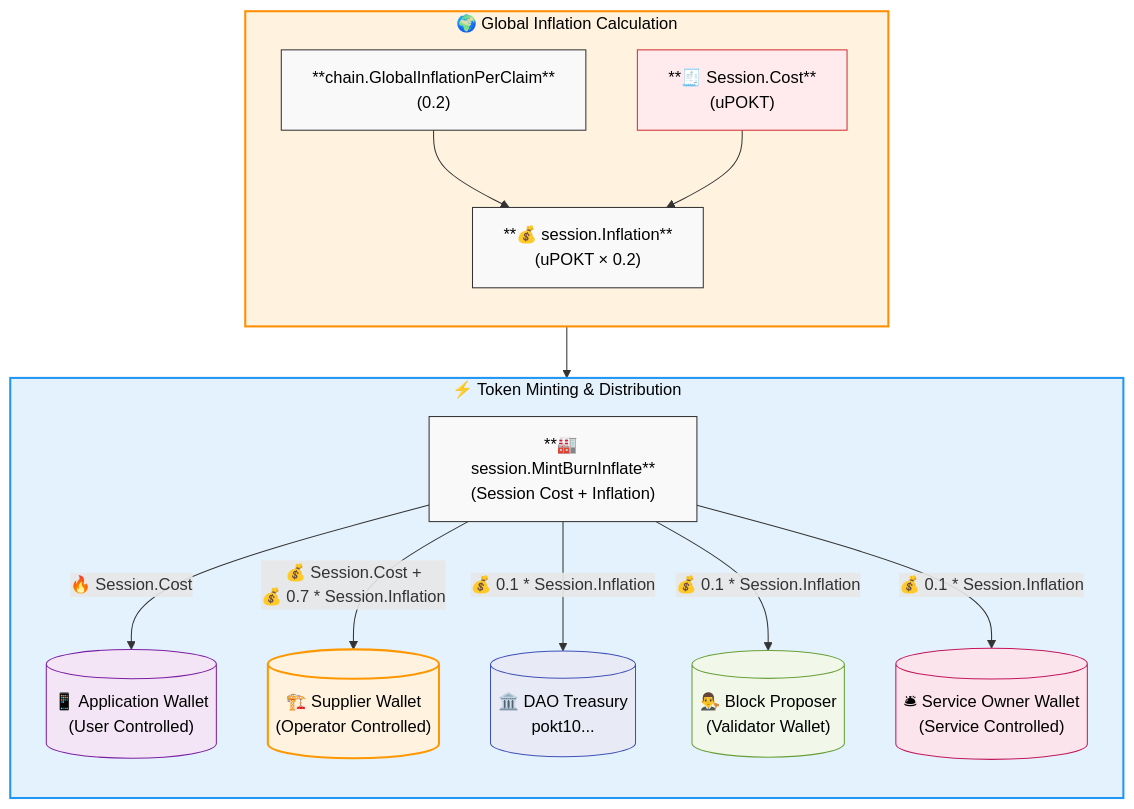
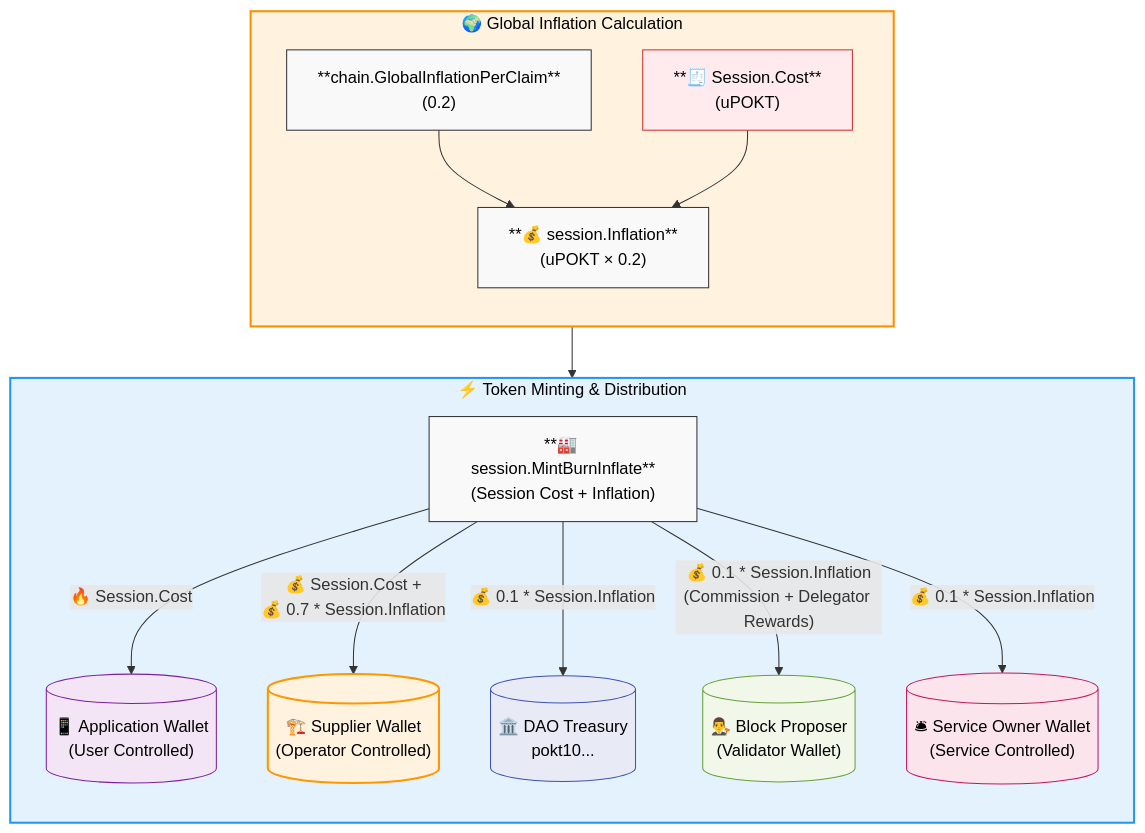
The first of 4 diagrams in docusaurus/docs/3_protocol/tokenomics/5_token_logic_modules_global_mint.md (pokt-network/poktroll), drawn with Mermaid before and after one commit. The commit also changed other lines of this file and 2 other files, not shown here.

First line of the commit message:
docs: update validator rewards documentation with user-focused language

````diff
--- a/docusaurus/docs/3_protocol/tokenomics/5_token_logic_modules_global_mint.md
+++ b/docusaurus/docs/3_protocol/tokenomics/5_token_logic_modules_global_mint.md
@@ -47,53 +47,53 @@
 ```mermaid
 graph TD
     %% Set default styling for all nodes
     classDef default fill:#f9f9f9,stroke:#333,stroke-width:1px,color:black;
 
     uPOKT["**🧾 Session.Cost**<br/>(uPOKT)"]:::keyClass
 
     subgraph GlobalInflation["🌍 Global Inflation Calculation"]
         direction TB
         GIP["**chain.GlobalInflationPerClaim**<br/>(0.2)"]:::default
         InflationAmount["**💰 session.Inflation**<br/>(uPOKT × 0.2)"]:::default
 
         GIP --> InflationAmount
         uPOKT --> InflationAmount
     end
 
     subgraph TokenMinting["⚡ Token Minting & Distribution"]
         direction TB
 
         TotalMint["**🏭 session.MintBurnInflate**<br/>(Session Cost + Inflation)"]:::default
 
         AppWallet[("📱 Application Wallet<br/>(User Controlled)")]:::configClass
         SupplierWallet[("🏗️ Supplier Wallet<br/>(Operator Controlled)")]:::supplierClass
         DAOAddress[("🏛️ DAO Treasury<br/>pokt10...")]:::daoClass
         ProposerWallet[("👨‍⚖️ Block Proposer<br/>(Validator Wallet)")]:::proposerClass
         SourceOwnerWallet[("🛎 Service Owner Wallet<br/>(Service Controlled)")]:::sourceClass
     end
 
     InflationAmount --> TotalMint
 
     TotalMint -->|"🔥 Session.Cost"| AppWallet
     TotalMint -->|"💰 Session.Cost + <br/> 💰 0.7 * Session.Inflation"| SupplierWallet
     TotalMint -->|"💰 0.1 * Session.Inflation"| DAOAddress
-    TotalMint -->|"💰 0.1 * Session.Inflation"| ProposerWallet
+    TotalMint -->|"💰 0.1 * Session.Inflation<br/>(Commission + Delegator Rewards)"| ProposerWallet
     TotalMint -->|"💰 0.1 * Session.Inflation"| SourceOwnerWallet
 
     %% Define custom classes with specified colors
     classDef userClass fill:#f0f0f0,stroke:#333,stroke-width:2px,color:black;
     classDef gatewayClass fill:#e8f5e8,stroke:#4caf50,stroke-width:2px,color:black;
     classDef pocketdClass fill:#fff3e0,stroke:#ff8f00,stroke-width:2px,color:black;
     classDef blockchainClass fill:#e3f2fd,stroke:#2196f3,stroke-width:2px,color:black;
     classDef supplierClass fill:#fff3e0,stroke:#ff9800,stroke-width:2px,color:black;
     classDef keyClass fill:#ffebee,stroke:#d32f2f,stroke-width:1px,color:black;
     classDef configClass fill:#f3e5f5,stroke:#7b1fa2,stroke-width:1px,color:black;
     classDef dbClass fill:#e0f2f1,stroke:#00695c,stroke-width:1px,color:black;
     classDef daoClass fill:#e8eaf6,stroke:#3f51b5,stroke-width:1px,color:black;
     classDef proposerClass fill:#f1f8e9,stroke:#689f38,stroke-width:1px,color:black;
     classDef sourceClass fill:#fce4ec,stroke:#c2185b,stroke-width:1px,color:black;
 
     %% Apply classes to subgraphs
     class GlobalInflation pocketdClass
     class TokenMinting blockchainClass
 ```
````
